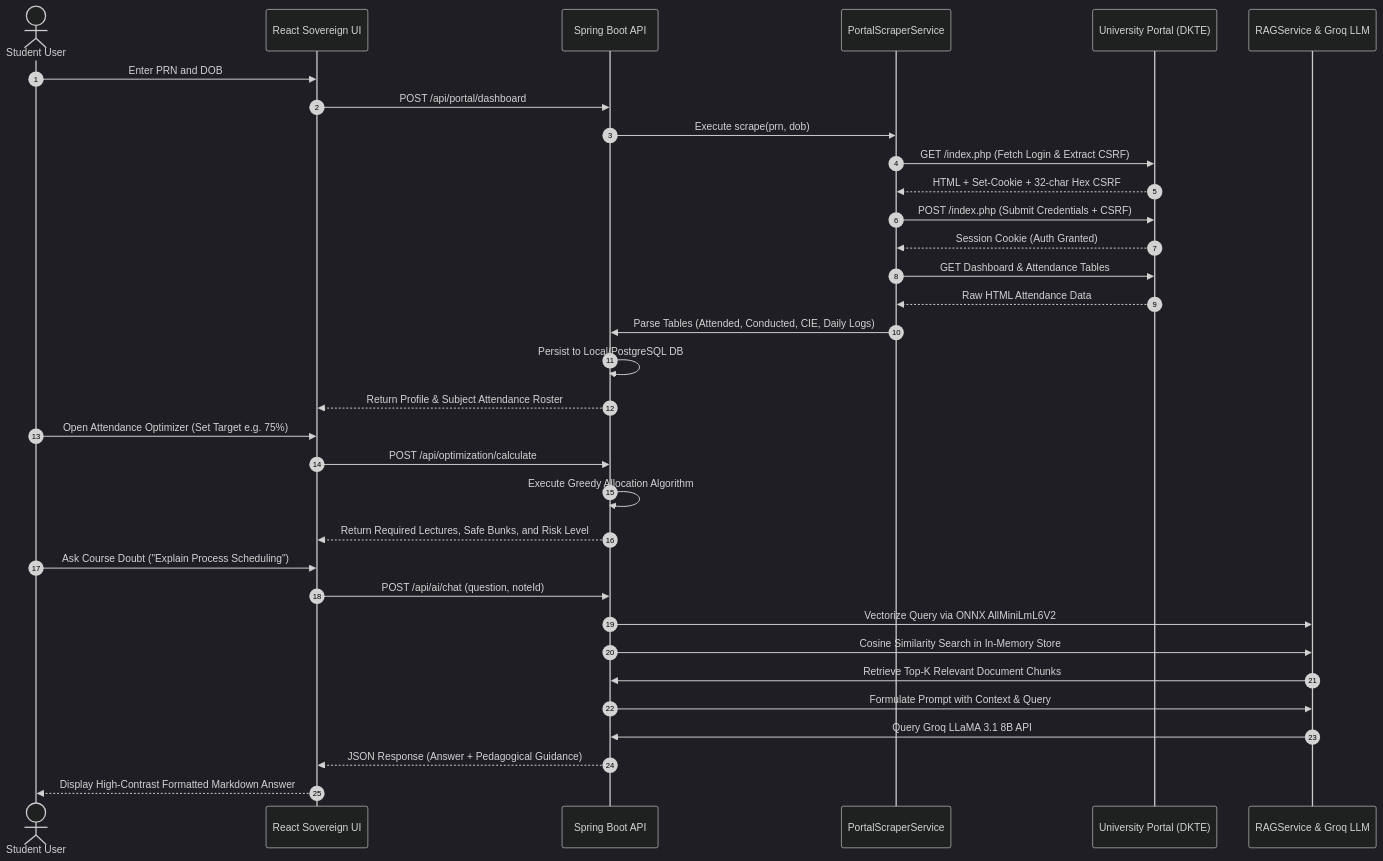
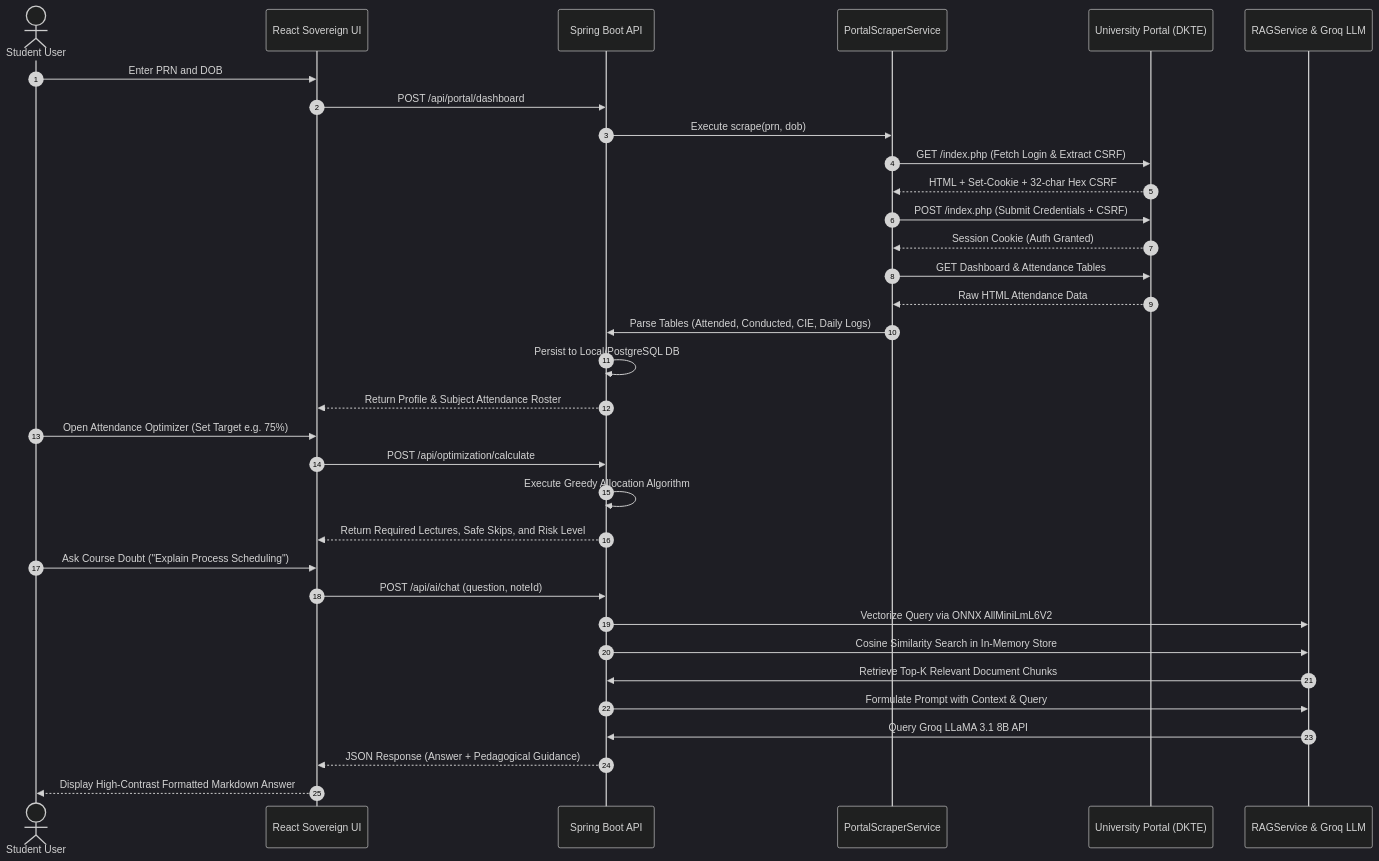
One commit to 199adarsh/EduVault changed the second of 3 diagrams in PROJECT_ANALYSIS.md. Above: the diagram before and after it, drawn with Mermaid (dark theme). The commit also changed other lines of this file and 17 other files, not shown here.

````diff
--- a/PROJECT_ANALYSIS.md
+++ b/PROJECT_ANALYSIS.md
@@ -366,38 +366,38 @@
 ```mermaid
 sequenceDiagram
     autonumber
     actor Student as Student User
     participant Frontend as React Sovereign UI
     participant Backend as Spring Boot API
     participant Scraper as PortalScraperService
     participant Portal as University Portal (DKTE)
     participant RAG as RAGService & Groq LLM
 
     Student->>Frontend: Enter PRN and DOB
     Frontend->>Backend: POST /api/portal/dashboard
     Backend->>Scraper: Execute scrape(prn, dob)
     Scraper->>Portal: GET /index.php (Fetch Login & Extract CSRF)
     Portal-->>Scraper: HTML + Set-Cookie + 32-char Hex CSRF
     Scraper->>Portal: POST /index.php (Submit Credentials + CSRF)
     Portal-->>Scraper: Session Cookie (Auth Granted)
     Scraper->>Portal: GET Dashboard & Attendance Tables
     Portal-->>Scraper: Raw HTML Attendance Data
     Scraper->>Backend: Parse Tables (Attended, Conducted, CIE, Daily Logs)
     Backend->>Backend: Persist to Local/PostgreSQL DB
     Backend-->>Frontend: Return Profile & Subject Attendance Roster
 
     Student->>Frontend: Open Attendance Optimizer (Set Target e.g. 75%)
     Frontend->>Backend: POST /api/optimization/calculate
     Backend->>Backend: Execute Greedy Allocation Algorithm
-    Backend-->>Frontend: Return Required Lectures, Safe Bunks, and Risk Level
+    Backend-->>Frontend: Return Required Lectures, Safe Skips, and Risk Level
 
     Student->>Frontend: Ask Course Doubt ("Explain Process Scheduling")
     Frontend->>Backend: POST /api/ai/chat (question, noteId)
     Backend->>RAG: Vectorize Query via ONNX AllMiniLmL6V2
     Backend->>RAG: Cosine Similarity Search in In-Memory Store
     RAG->>Backend: Retrieve Top-K Relevant Document Chunks
     Backend->>RAG: Formulate Prompt with Context & Query
     RAG->>Backend: Query Groq LLaMA 3.1 8B API
     Backend-->>Frontend: JSON Response (Answer + Pedagogical Guidance)
     Frontend-->>Student: Display High-Contrast Formatted Markdown Answer
 ```
````
